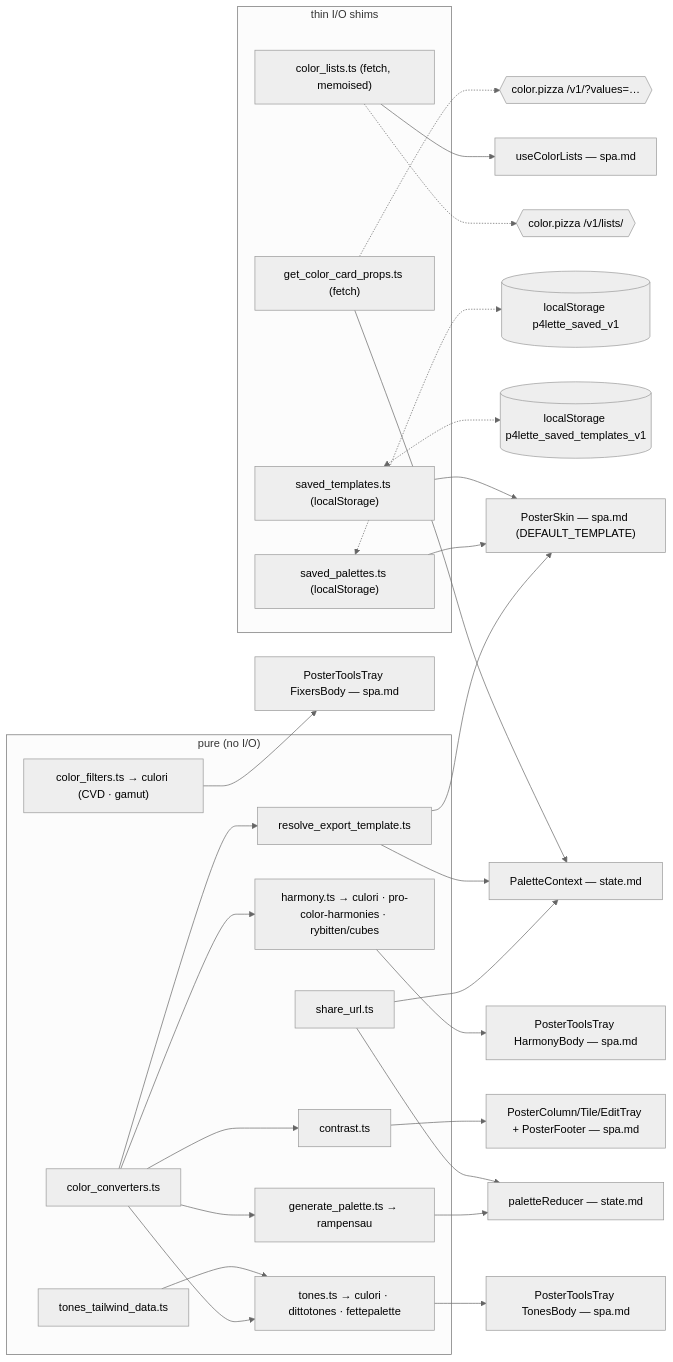
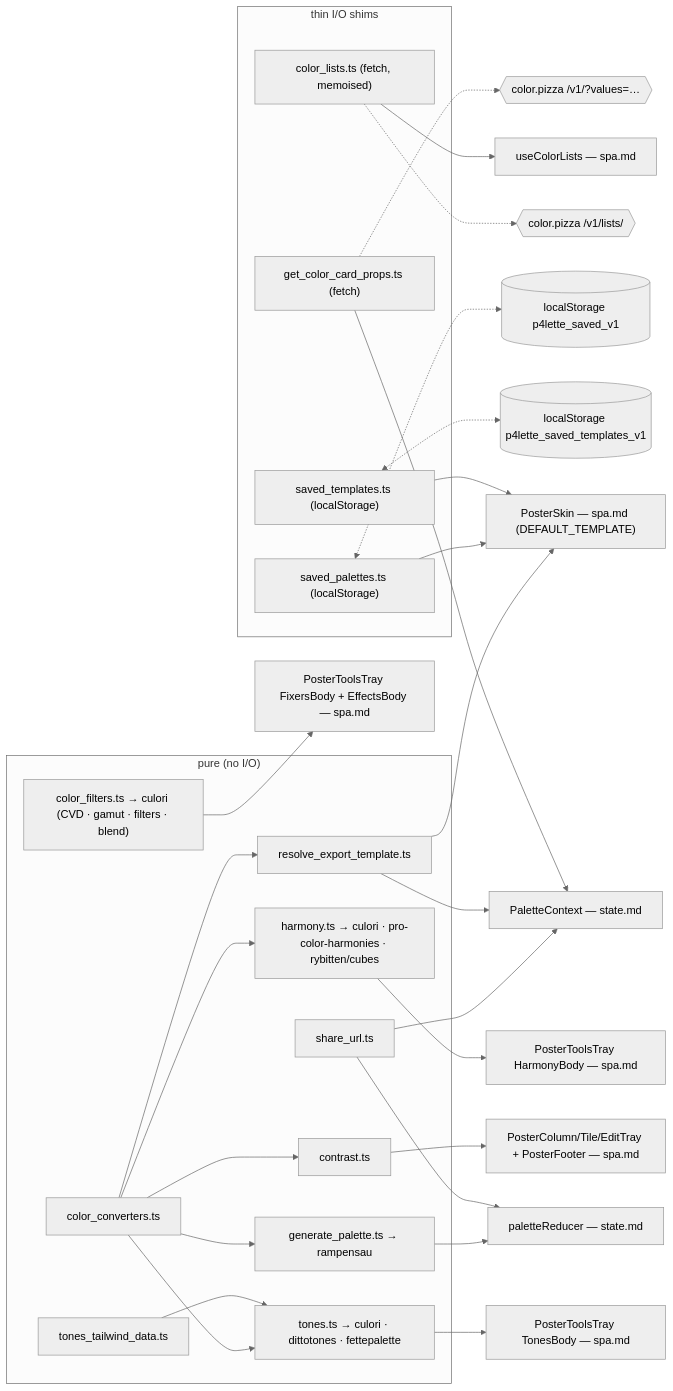
The diagram in SPEC/TARGET/color.md (p4stoboy/p4lette), drawn with Mermaid (neutral theme) before and after one commit. The commit also changed other lines of this file and 6 other files, not shown here.

First line of the commit message:
feat(tools): EFFECTS section — culori filters + blend modes over the palette

````diff
--- a/SPEC/TARGET/color.md
+++ b/SPEC/TARGET/color.md
@@ -309,39 +335,39 @@
 ```mermaid
 flowchart LR
   subgraph pure["pure (no I/O)"]
     cc["color_converters.ts"]
     gp["generate_palette.ts → rampensau"]
     hm["harmony.ts → culori · pro-color-harmonies · rybitten/cubes"]
     tn["tones.ts → culori · dittotones · fettepalette"]
-    cf["color_filters.ts → culori (CVD · gamut)"]
+    cf["color_filters.ts → culori (CVD · gamut · filters · blend)"]
     td["tones_tailwind_data.ts"]
     ct["contrast.ts"]
     rt["resolve_export_template.ts"]
     su["share_url.ts"]
   end
   subgraph io["thin I/O shims"]
     gcn["get_color_card_props.ts (fetch)"]
     cl["color_lists.ts (fetch, memoised)"]
     sp["saved_palettes.ts (localStorage)"]
     st["saved_templates.ts (localStorage)"]
   end
   cc --> gp & hm & tn & ct & rt
   td --> tn
   gp --> red["paletteReducer — state.md"]
   su --> red
   su --> pctx["PaletteContext — state.md"]
   rt --> pctx
   gcn --> pctx
   rt --> skin["PosterSkin — spa.md (DEFAULT_TEMPLATE)"]
   hm --> hd["PosterToolsTray HarmonyBody — spa.md"]
   tn --> tld["PosterToolsTray TonesBody — spa.md"]
-  cf --> ttf["PosterToolsTray FixersBody — spa.md"]
+  cf --> ttf["PosterToolsTray FixersBody + EffectsBody — spa.md"]
   ct --> swatch["PosterColumn/Tile/EditTray + PosterFooter — spa.md"]
   cl --> ucl["useColorLists — spa.md"]
   sp --> skin
   st --> skin
   gcn -.-> pizza1{{"color.pizza /v1/?values=…"}}
   cl -.-> pizza2{{"color.pizza /v1/lists/"}}
   sp <-.-> ls1[("localStorage p4lette_saved_v1")]
   st <-.-> ls2[("localStorage p4lette_saved_templates_v1")]
 ```
````
